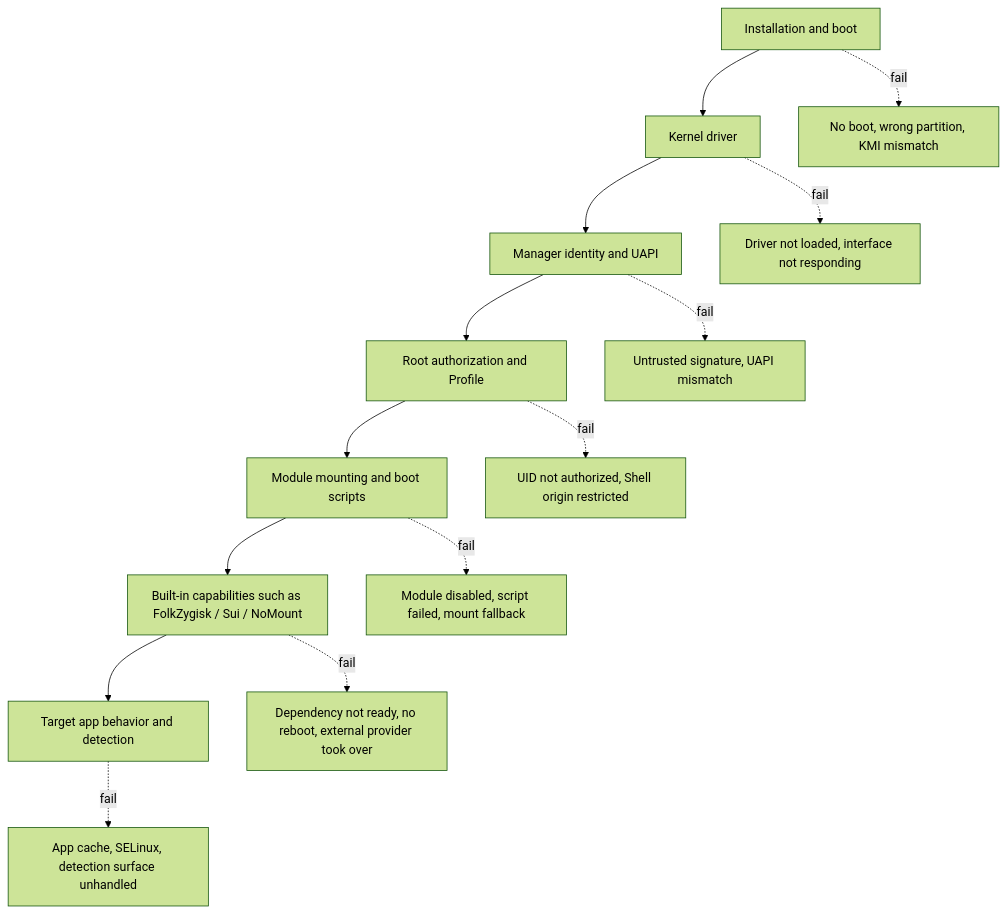
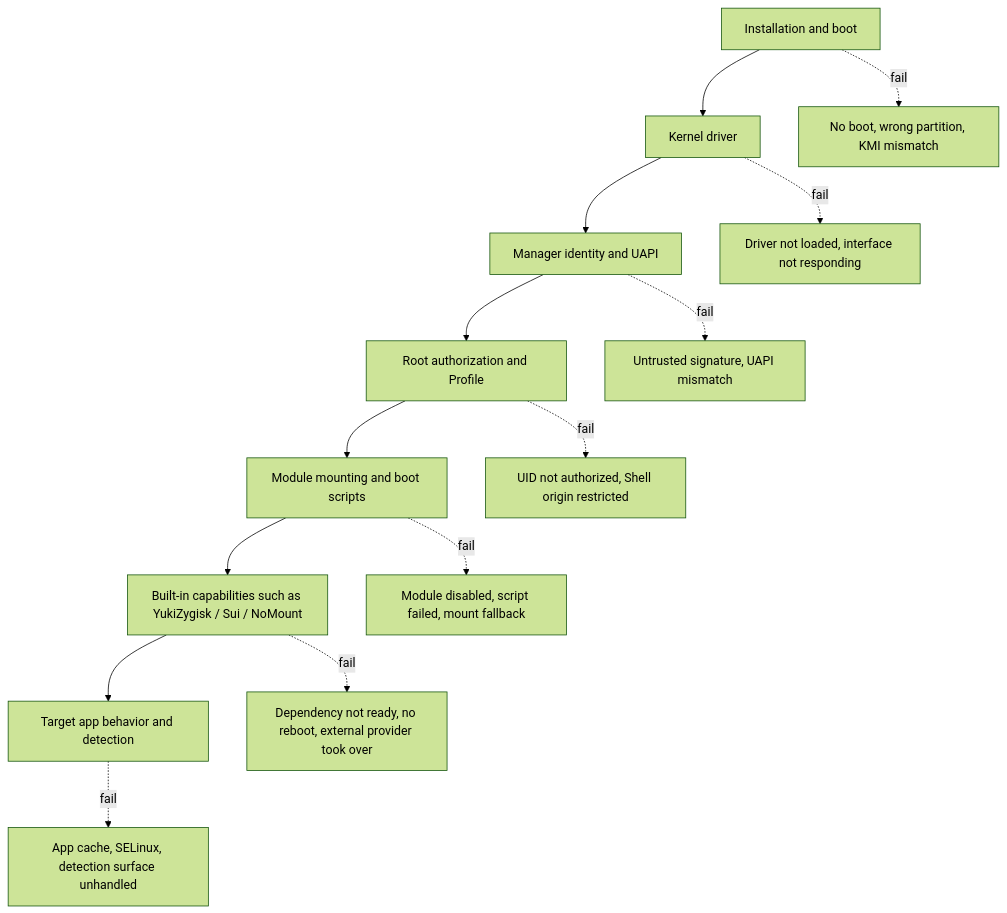
One commit to LxyaoX/FinaSU changed the first of 2 diagrams in website/docs/en/troubleshoot/README.md. Above: the diagram before and after it, drawn with Mermaid (forest theme). The commit also changed other lines of this file and 135 other files, not shown here.

````diff
--- a/website/docs/en/troubleshoot/README.md
+++ b/website/docs/en/troubleshoot/README.md
@@ -27,17 +27,17 @@
 ```mermaid
 flowchart TD
     A["Installation and boot"] --> B["Kernel driver"]
     B --> C["Manager identity and UAPI"]
     C --> D["Root authorization and Profile"]
     D --> E["Module mounting and boot scripts"]
-    E --> F["Built-in capabilities such as FolkZygisk / Sui / NoMount"]
+    E --> F["Built-in capabilities such as YukiZygisk / Sui / NoMount"]
     F --> G["Target app behavior and detection"]
 
     A -.fail.-> A1["No boot, wrong partition, KMI mismatch"]
     B -.fail.-> B1["Driver not loaded, interface not responding"]
     C -.fail.-> C1["Untrusted signature, UAPI mismatch"]
     D -.fail.-> D1["UID not authorized, Shell origin restricted"]
     E -.fail.-> E1["Module disabled, script failed, mount fallback"]
     F -.fail.-> F1["Dependency not ready, no reboot, external provider took over"]
     G -.fail.-> G1["App cache, SELinux, detection surface unhandled"]
 ```
````
